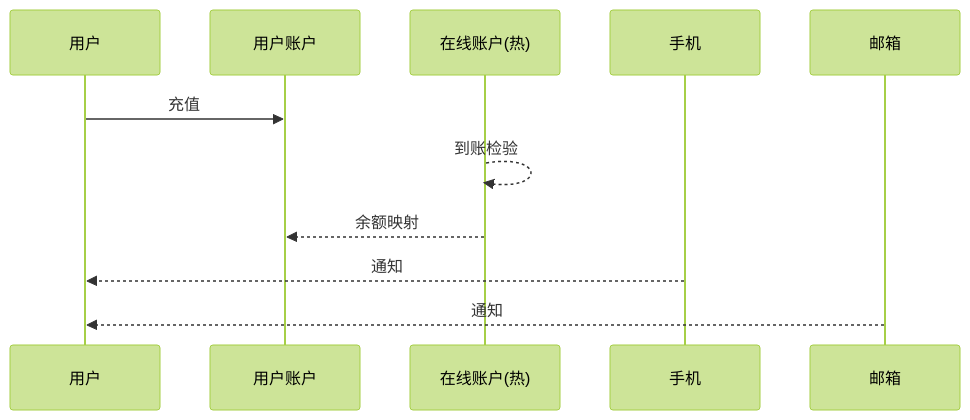
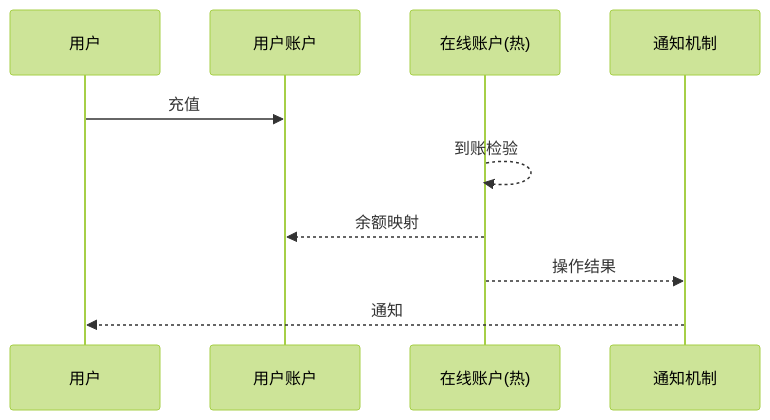
One commit to neomaclin/designdoc changed the tenth of 15 diagrams in Readme.md. Above: the diagram before and after it, drawn with Mermaid (forest theme). The commit also changed other lines of this file, not shown here.

````diff
--- a/Readme.md
+++ b/Readme.md
@@ -175,15 +190,13 @@
 ```mermaid
 
 sequenceDiagram
     participant u as 用户
     participant a as 用户账户
     participant ha as 在线账户(热)
-    participant p as 手机
-    participant m as 邮箱
-
+    participant n as 通知机制
     u->>a: 充值
     ha-->>ha: 到账检验
     ha-->>a: 余额映射
-    p-->>u: 通知
-    m-->>u: 通知
+    ha-->> n: 操作结果
+    n-->>u: 通知
 ```
````
